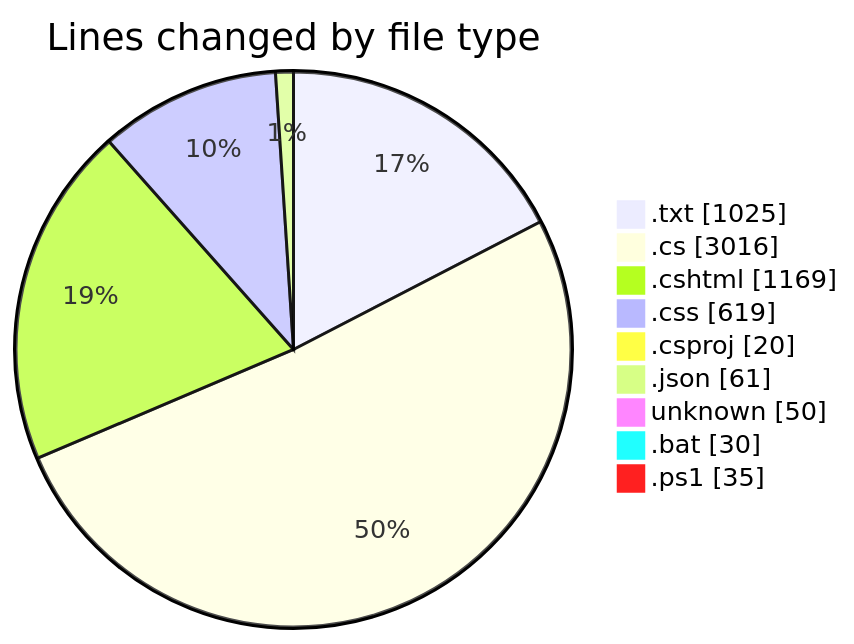
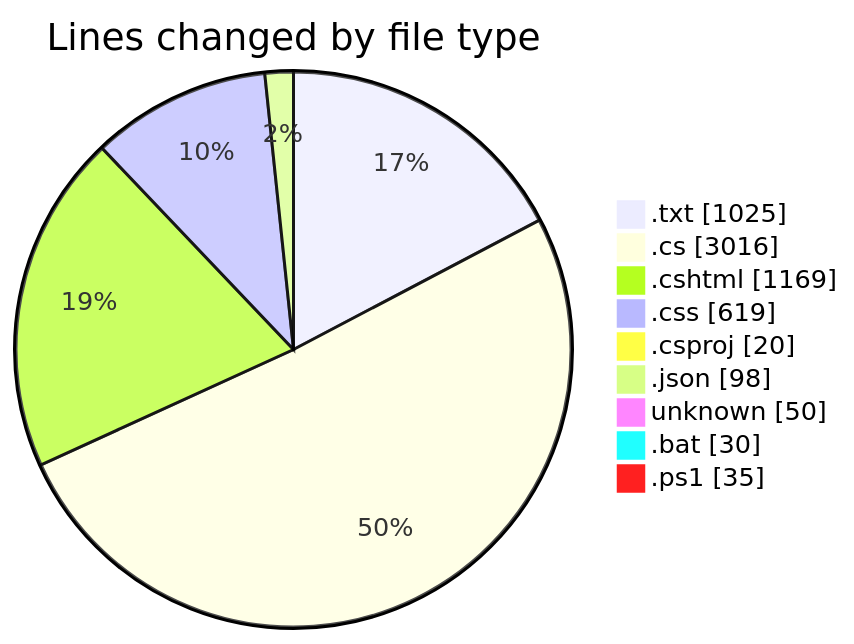
One commit to lephambinh05/code-tracking changed the first of 2 diagrams in 2025-07-26/quanlyrapchieuphim-1/README.md. Above: the diagram before and after it, drawn with Mermaid. The commit also changed other lines of this file and 1 other file, not shown here.

````diff
--- a/2025-07-26/quanlyrapchieuphim-1/README.md
+++ b/2025-07-26/quanlyrapchieuphim-1/README.md
@@ -37,13 +37,13 @@
 ```mermaid
 pie showData
 title Lines changed by file type
 ".txt" : 1025
 ".cs" : 3016
 ".cshtml" : 1169
 ".css" : 619
 ".csproj" : 20
-".json" : 61
+".json" : 98
 "unknown" : 50
 ".bat" : 30
 ".ps1" : 35
 ```
````
